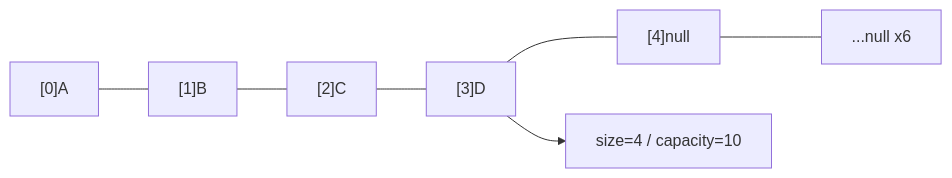
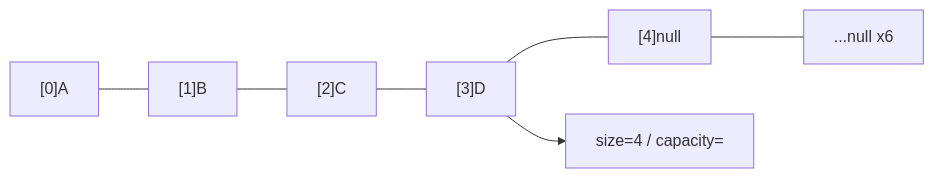
Before and after one commit to yjkim2015/yjkim2015.github.io: the second of 21 diagrams in _posts/java/2026-05-01-java-collections.md, drawn with Mermaid. The commit also changed other lines of this file and 271 other files, not shown here.

First line of the commit message:
Mermaid 라벨 축소: 긴 노드 텍스트 18자 이하로 트림 + \n 제거

````diff
--- a/_posts/java/2026-05-01-java-collections.md
+++ b/_posts/java/2026-05-01-java-collections.md
@@ -55,5 +55,5 @@
 ```mermaid
 graph LR
     I0["[0]A"] --- I1["[1]B"] --- I2["[2]C"] --- I3["[3]D"] --- I4["[4]null"] --- I5["...null x6"]
-    I3 --> SIZE["size=4 / capacity=10"]
+    I3 --> SIZE["size=4 / capacity="]
 ```
````
